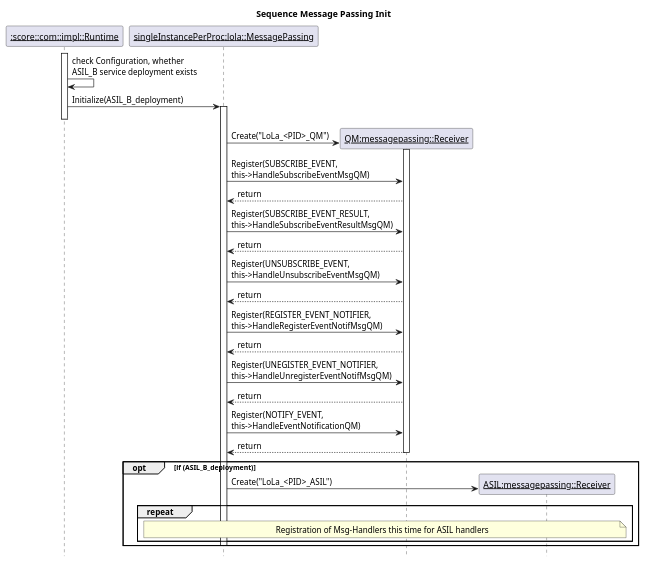
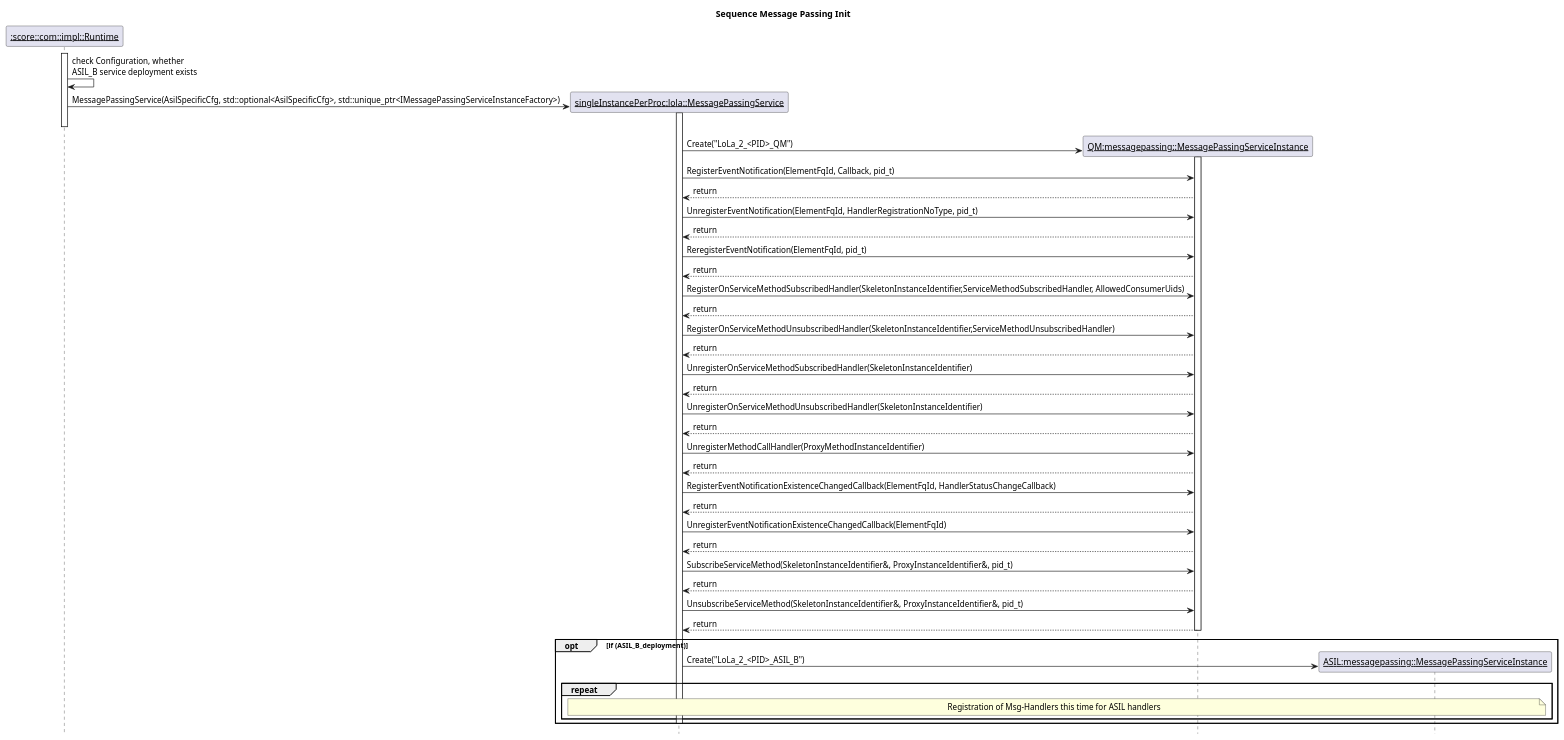
Before and after one commit to eclipse-score/communication: the diagram in score/mw/com/impl/bindings/lola/messaging/dependability/lola_msg_pass_initialize_seq.puml, drawn with PlantUML. The commit also changed 6 other files, not shown here.

First line of the commit message:
Update LoLa message passing design for message_passing 2.0

```diff
--- a/score/mw/com/impl/bindings/lola/messaging/dependability/lola_msg_pass_initialize_seq.puml
+++ b/score/mw/com/impl/bindings/lola/messaging/dependability/lola_msg_pass_initialize_seq.puml
@@ -14,50 +14,70 @@
 @startuml lola_msg_pass_initialize_seq
 title "Sequence Message Passing Init"
 hide footbox
 
 participant "<u>:score::com::impl::Runtime</u>" as Runtime
-participant "<u>singleInstancePerProc:lola::MessagePassing</u>" as MessagePassing
-participant "<u>QM:messagepassing::Receiver</u>" as QMReceiver
-participant "<u>ASIL:messagepassing::Receiver</u>" as ASILReceiver
+participant "<u>singleInstancePerProc:lola::MessagePassingService</u>" as MessagePassing
+participant "<u>QM:messagepassing::MessagePassingServiceInstance</u>" as QMMessagePassingServiceInstance
+participant "<u>ASIL:messagepassing::MessagePassingServiceInstance</u>" as ASILMessagePassingServiceInstance
 
 activate Runtime
 Runtime -> Runtime: check Configuration, whether\nASIL_B service deployment exists
-Runtime -> MessagePassing: Initialize(ASIL_B_deployment)
+create MessagePassing
+Runtime -> MessagePassing: MessagePassingService(AsilSpecificCfg, std::optional<AsilSpecificCfg>, std::unique_ptr<IMessagePassingServiceInstanceFactory>)
 activate MessagePassing
 Runtime -[#white]> Runtime
 deactivate Runtime
 
-create QMReceiver
-MessagePassing -> QMReceiver: Create("LoLa_<PID>_QM")
-activate QMReceiver
+create QMMessagePassingServiceInstance
+MessagePassing -> QMMessagePassingServiceInstance: Create("LoLa_2_<PID>_QM")
+activate QMMessagePassingServiceInstance
 
-MessagePassing -> QMReceiver: Register(SUBSCRIBE_EVENT,\nthis->HandleSubscribeEventMsgQM)
-QMReceiver --> MessagePassing: return
+MessagePassing -> QMMessagePassingServiceInstance: RegisterEventNotification(ElementFqId, Callback, pid_t)
+QMMessagePassingServiceInstance --> MessagePassing: return
 
-MessagePassing -> QMReceiver: Register(SUBSCRIBE_EVENT_RESULT,\nthis->HandleSubscribeEventResultMsgQM)
-QMReceiver --> MessagePassing: return
+MessagePassing -> QMMessagePassingServiceInstance: UnregisterEventNotification(ElementFqId, HandlerRegistrationNoType, pid_t)
+QMMessagePassingServiceInstance --> MessagePassing: return
 
-MessagePassing -> QMReceiver: Register(UNSUBSCRIBE_EVENT,\nthis->HandleUnsubscribeEventMsgQM)
-QMReceiver --> MessagePassing: return
+MessagePassing -> QMMessagePassingServiceInstance: ReregisterEventNotification(ElementFqId, pid_t)
+QMMessagePassingServiceInstance --> MessagePassing: return
 
-MessagePassing -> QMReceiver: Register(REGISTER_EVENT_NOTIFIER,\nthis->HandleRegisterEventNotifMsgQM)
-QMReceiver --> MessagePassing: return
+MessagePassing -> QMMessagePassingServiceInstance: RegisterOnServiceMethodSubscribedHandler(SkeletonInstanceIdentifier,ServiceMethodSubscribedHandler, AllowedConsumerUids)
+QMMessagePassingServiceInstance --> MessagePassing: return
 
-MessagePassing -> QMReceiver: Register(UNEGISTER_EVENT_NOTIFIER,\nthis->HandleUnregisterEventNotifMsgQM)
-QMReceiver --> MessagePassing: return
+MessagePassing -> QMMessagePassingServiceInstance: RegisterOnServiceMethodUnsubscribedHandler(SkeletonInstanceIdentifier,ServiceMethodUnsubscribedHandler)
+QMMessagePassingServiceInstance --> MessagePassing: return
 
-MessagePassing -> QMReceiver: Register(NOTIFY_EVENT,\nthis->HandleEventNotificationQM)
-QMReceiver --> MessagePassing: return
-deactivate QMReceiver
+MessagePassing -> QMMessagePassingServiceInstance: UnregisterOnServiceMethodSubscribedHandler(SkeletonInstanceIdentifier)
+QMMessagePassingServiceInstance --> MessagePassing: return
+
+MessagePassing -> QMMessagePassingServiceInstance: UnregisterOnServiceMethodUnsubscribedHandler(SkeletonInstanceIdentifier)
+QMMessagePassingServiceInstance --> MessagePassing: return
+
+MessagePassing -> QMMessagePassingServiceInstance: UnregisterMethodCallHandler(ProxyMethodInstanceIdentifier)
+QMMessagePassingServiceInstance --> MessagePassing: return
+
+MessagePassing -> QMMessagePassingServiceInstance: RegisterEventNotificationExistenceChangedCallback(ElementFqId, HandlerStatusChangeCallback)
+QMMessagePassingServiceInstance --> MessagePassing: return
+
+MessagePassing -> QMMessagePassingServiceInstance: UnregisterEventNotificationExistenceChangedCallback(ElementFqId)
+QMMessagePassingServiceInstance --> MessagePassing: return
+
+MessagePassing -> QMMessagePassingServiceInstance: SubscribeServiceMethod(SkeletonInstanceIdentifier&, ProxyInstanceIdentifier&, pid_t)
+QMMessagePassingServiceInstance --> MessagePassing: return
+
+MessagePassing -> QMMessagePassingServiceInstance: UnsubscribeServiceMethod(SkeletonInstanceIdentifier&, ProxyInstanceIdentifier&, pid_t)
+QMMessagePassingServiceInstance --> MessagePassing: return
+
+deactivate QMMessagePassingServiceInstance
 
 opt if (ASIL_B_deployment)
-    create ASILReceiver
-    MessagePassing -> ASILReceiver: Create("LoLa_<PID>_ASIL")
+    create ASILMessagePassingServiceInstance
+    MessagePassing -> ASILMessagePassingServiceInstance: Create("LoLa_2_<PID>_ASIL_B")
 
     group repeat
-        note over MessagePassing, ASILReceiver: Registration of Msg-Handlers this time for ASIL handlers
+        note over MessagePassing, ASILMessagePassingServiceInstance: Registration of Msg-Handlers this time for ASIL handlers
     end
     deactivate MessagePassing
 end
 
 @enduml
```
